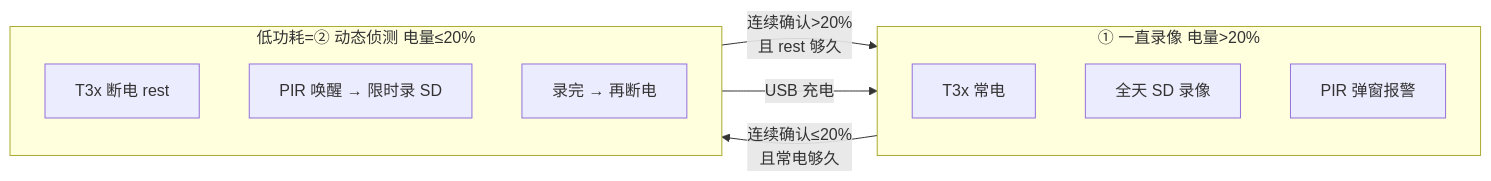
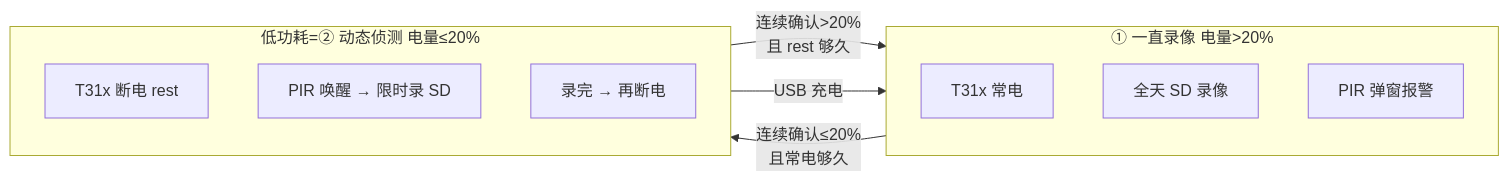
The first of 2 diagrams in doc/WORK_MODE_BATTERY_20PCT.md (dzr1986/AIR780EHM), drawn with Mermaid before and after one commit. The commit also changed other lines of this file and 402 other files, not shown here.

````diff
--- a/doc/WORK_MODE_BATTERY_20PCT.md
+++ b/doc/WORK_MODE_BATTERY_20PCT.md
@@ -57,16 +57,16 @@
 ```mermaid
 flowchart LR
     subgraph mode1 [① 一直录像 电量>20%]
-        A1[T3x 常电]
+        A1[T31x 常电]
         A2[全天 SD 录像]
         A3[PIR 弹窗报警]
     end
     subgraph mode2 [低功耗=② 动态侦测 电量≤20%]
-        B1[T3x 断电 rest]
+        B1[T31x 断电 rest]
         B2[PIR 唤醒 → 限时录 SD]
         B3[录完 → 再断电]
     end
     mode1 -->|连续确认≤20%\n且常电够久| mode2
     mode2 -->|连续确认>20%\n且 rest 够久| mode1
     mode2 -->|USB 充电| mode1
 ```
````
